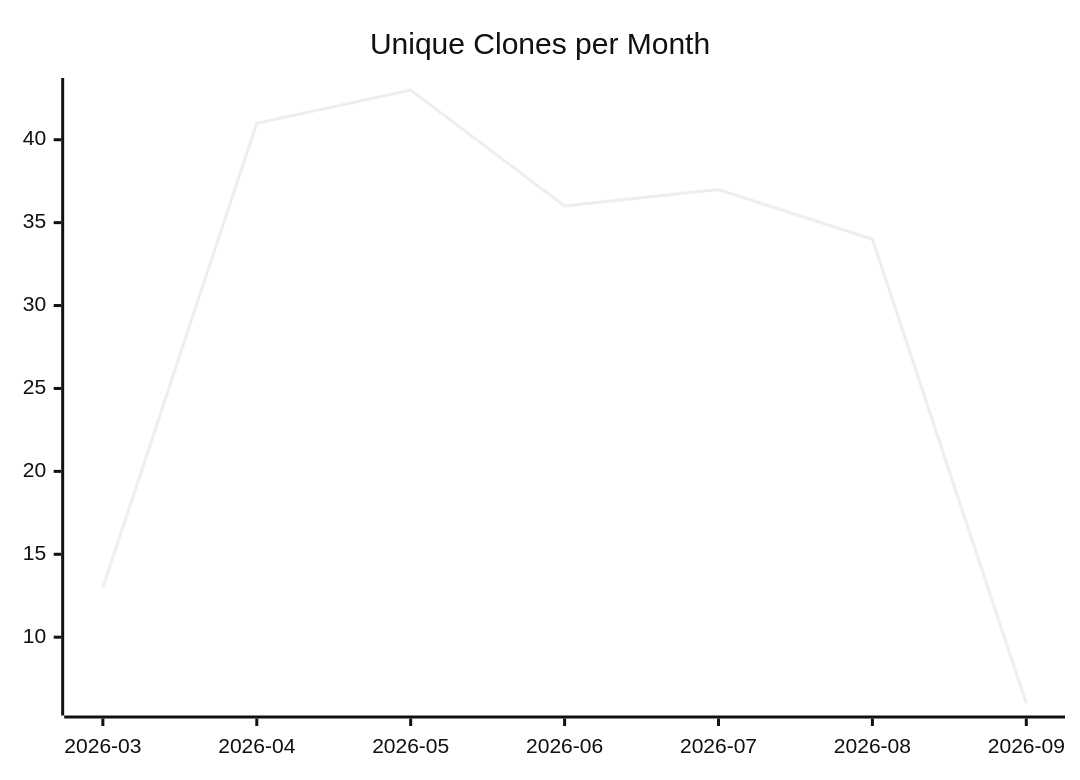
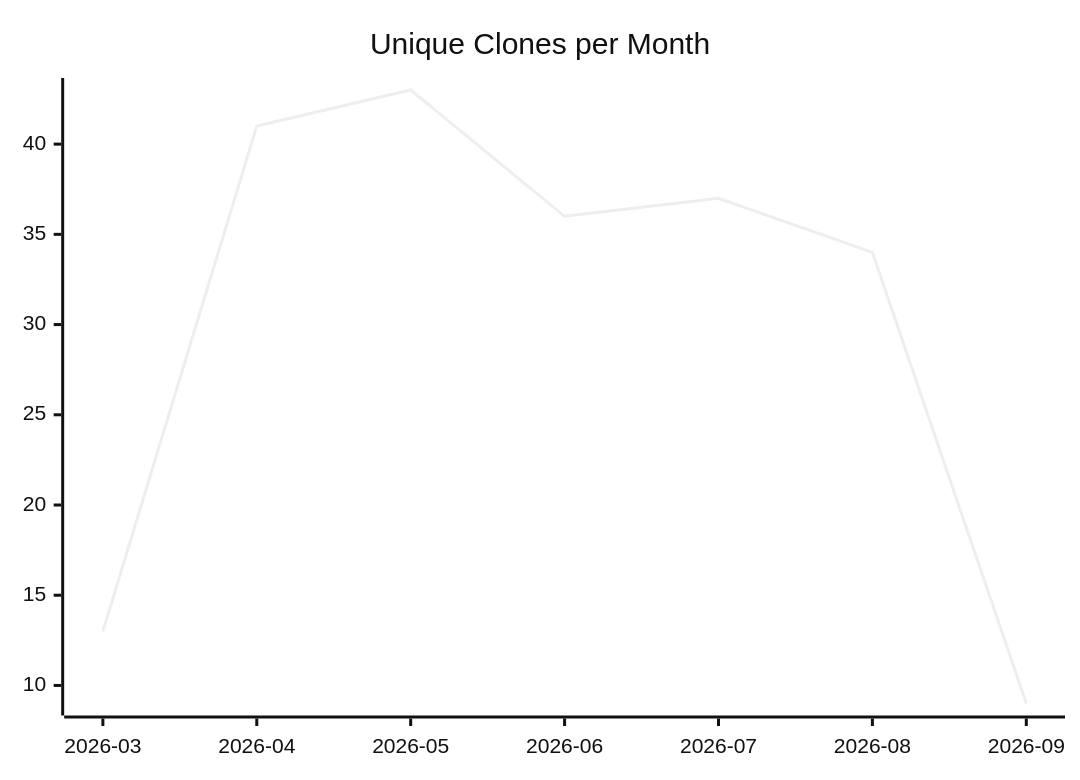
One commit to justdavis-family/github-analytics-data changed the third of 3 diagrams in karlmdavis/usgs-water-api-java/README.md. Above: the diagram before and after it, drawn with Mermaid (neutral theme). The commit also changed other lines of this file and 191 other files, not shown here.

````diff
--- a/karlmdavis/usgs-water-api-java/README.md
+++ b/karlmdavis/usgs-water-api-java/README.md
@@ -19,6 +19,6 @@
 ```mermaid
 xychart-beta
   title "Unique Clones per Month"
   x-axis ["2026-03", "2026-04", "2026-05", "2026-06", "2026-07", "2026-08", "2026-09"]
-  line [13, 41, 43, 36, 37, 34, 6]
+  line [13, 41, 43, 36, 37, 34, 9]
 ```
````
